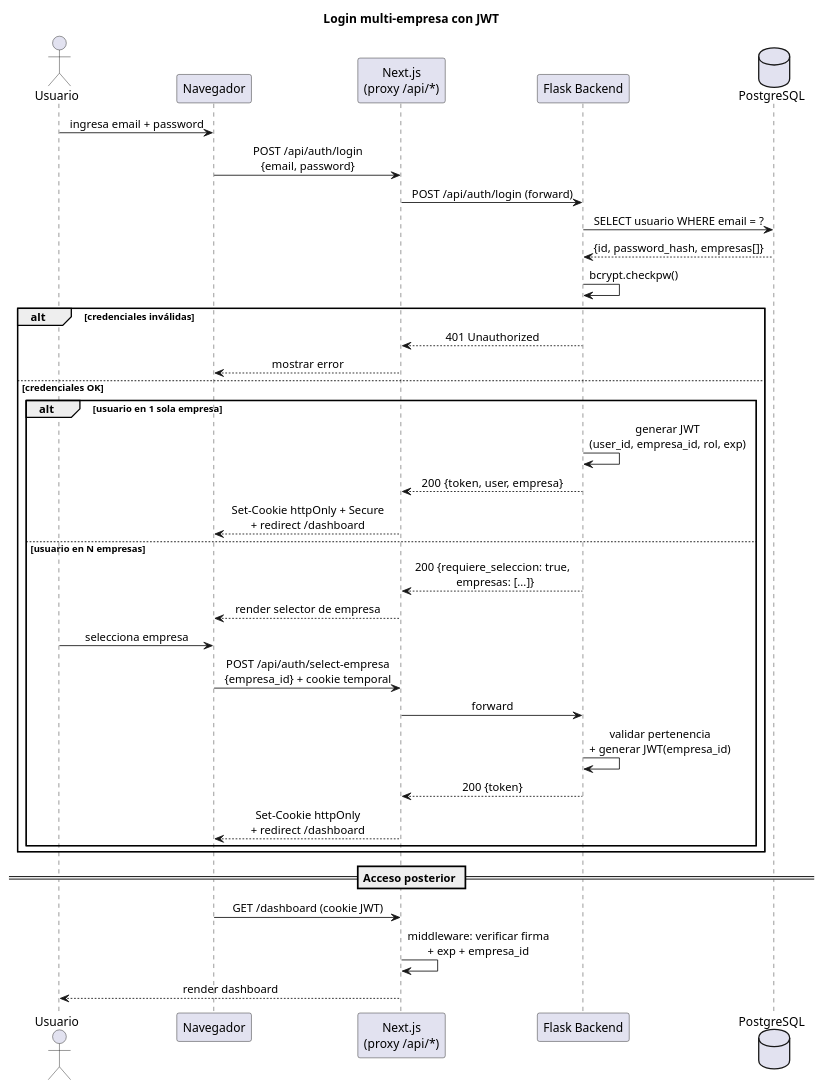
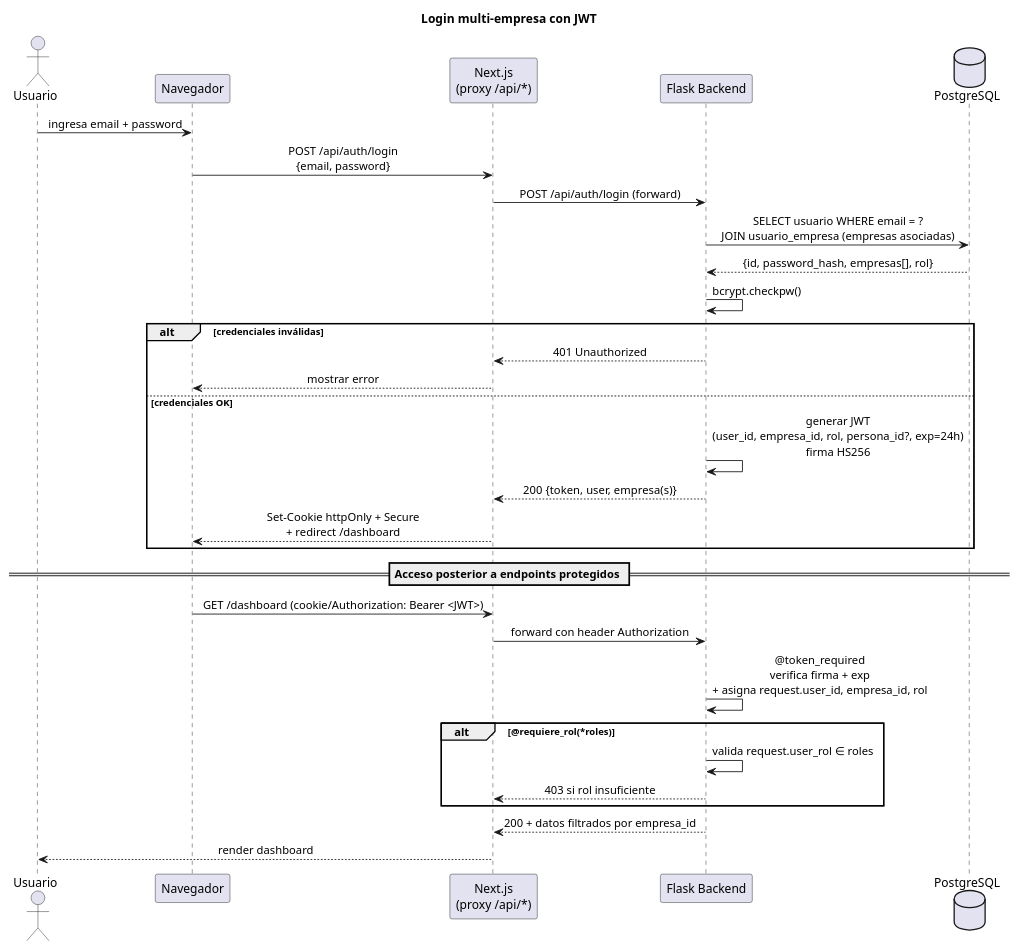
One commit to BorgTb/AsistenciaBackendFinal changed the diagram in Informe/diagrams/04_flujo_login_jwt.puml. Above: the diagram before and after it, drawn with PlantUML. The commit also changed 218 other files, not shown here.

```diff
--- a/Informe/diagrams/04_flujo_login_jwt.puml
+++ b/Informe/diagrams/04_flujo_login_jwt.puml
@@ -1,45 +1,40 @@
 @startuml flujo_login_jwt
 title Login multi-empresa con JWT
 
 skinparam shadowing false
 skinparam sequenceMessageAlign center
 
 actor Usuario
 participant "Navegador" as Nav
 participant "Next.js\n(proxy /api/*)" as Next
 participant "Flask Backend" as Flask
 database "PostgreSQL" as DB
 
 Usuario -> Nav : ingresa email + password
 Nav -> Next : POST /api/auth/login\n{email, password}
 Next -> Flask : POST /api/auth/login (forward)
-Flask -> DB : SELECT usuario WHERE email = ?
-DB --> Flask : {id, password_hash, empresas[]}
+Flask -> DB : SELECT usuario WHERE email = ?\nJOIN usuario_empresa (empresas asociadas)
+DB --> Flask : {id, password_hash, empresas[], rol}
 Flask -> Flask : bcrypt.checkpw()
 
 alt credenciales inválidas
   Flask --> Next : 401 Unauthorized
   Next --> Nav : mostrar error
 else credenciales OK
-  alt usuario en 1 sola empresa
-    Flask -> Flask : generar JWT\n(user_id, empresa_id, rol, exp)
-    Flask --> Next : 200 {token, user, empresa}
-    Next --> Nav : Set-Cookie httpOnly + Secure\n+ redirect /dashboard
-  else usuario en N empresas
-    Flask --> Next : 200 {requiere_seleccion: true,\n  empresas: [...]}
-    Next --> Nav : render selector de empresa
-    Usuario -> Nav : selecciona empresa
-    Nav -> Next : POST /api/auth/select-empresa\n{empresa_id} + cookie temporal
-    Next -> Flask : forward
-    Flask -> Flask : validar pertenencia\n+ generar JWT(empresa_id)
-    Flask --> Next : 200 {token}
-    Next --> Nav : Set-Cookie httpOnly\n+ redirect /dashboard
-  end
+  Flask -> Flask : generar JWT\n(user_id, empresa_id, rol, persona_id?, exp=24h)\nfirma HS256
+  Flask --> Next : 200 {token, user, empresa(s)}
+  Next --> Nav : Set-Cookie httpOnly + Secure\n+ redirect /dashboard
 end
 
-== Acceso posterior ==
-Nav -> Next : GET /dashboard (cookie JWT)
-Next -> Next : middleware: verificar firma\n+ exp + empresa_id
+== Acceso posterior a endpoints protegidos ==
+Nav -> Next : GET /dashboard (cookie/Authorization: Bearer <JWT>)
+Next -> Flask : forward con header Authorization
+Flask -> Flask : @token_required\nverifica firma + exp\n+ asigna request.user_id, empresa_id, rol
+alt @requiere_rol(*roles)
+  Flask -> Flask : valida request.user_rol ∈ roles
+  Flask --> Next : 403 si rol insuficiente
+end
+Flask --> Next : 200 + datos filtrados por empresa_id
 Next --> Usuario : render dashboard
 
 @enduml
```
